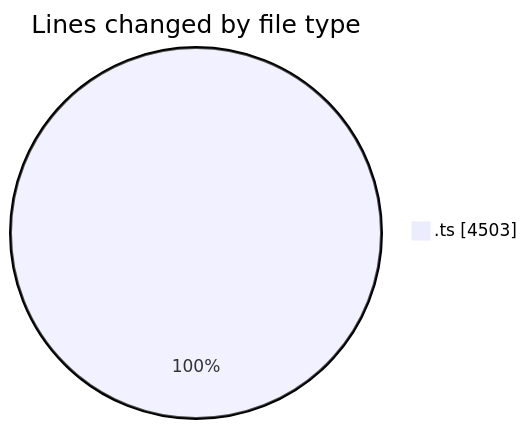
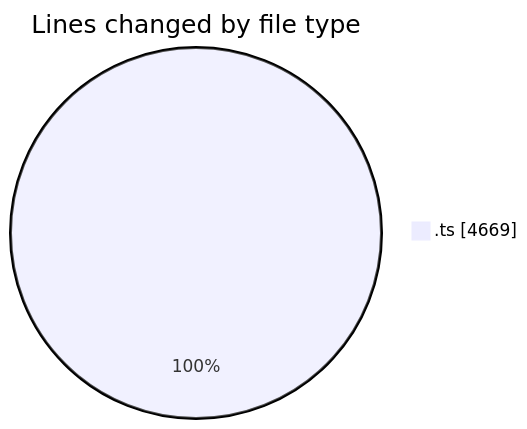
The first of 2 diagrams in 2025-08-08/cda/README.md (momahboobian/code-tracking), drawn with Mermaid before and after one commit. The commit also changed other lines of this file and 1 other file, not shown here.

````diff
--- a/2025-08-08/cda/README.md
+++ b/2025-08-08/cda/README.md
@@ -26,5 +26,5 @@
 ```mermaid
 pie showData
 title Lines changed by file type
-".ts" : 4503
+".ts" : 4669
 ```
````
